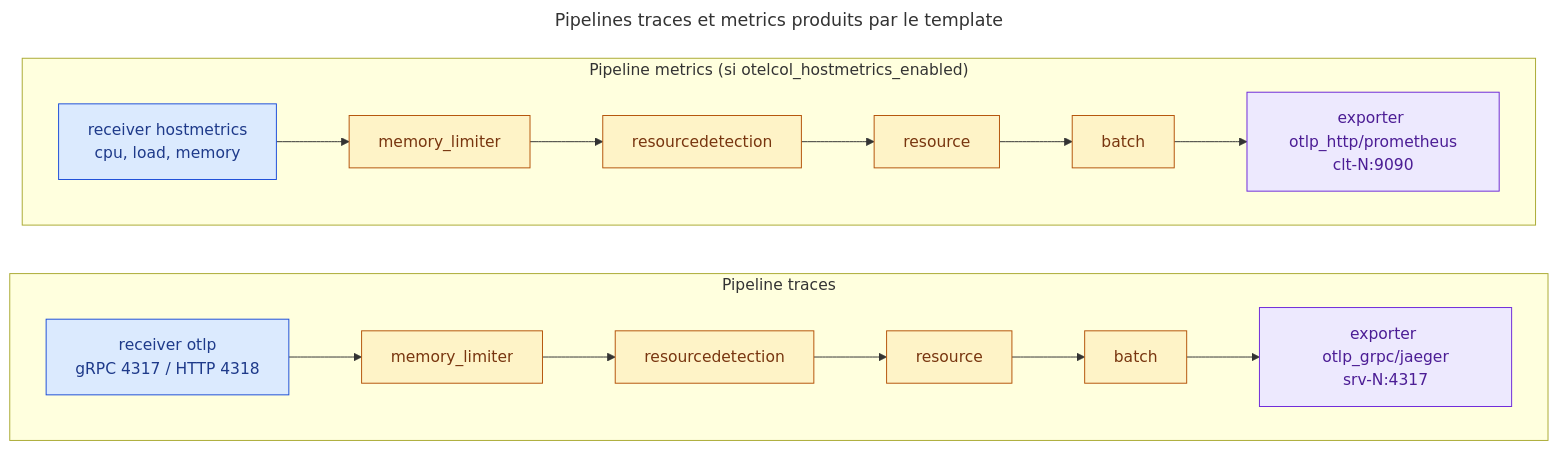
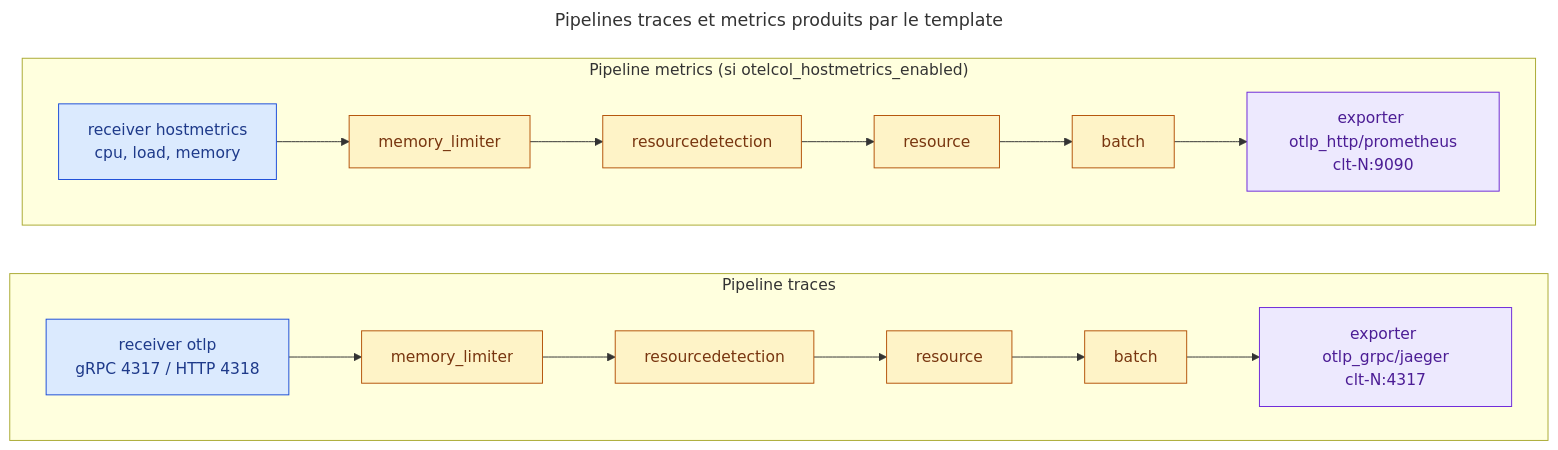
The fifth of 14 diagrams in Lab_04_Ansible_Jinja2.md (pragmatic-fermat/opentelemetry-labs), drawn with Mermaid before and after one commit. The commit also changed other lines of this file, not shown here.

First line of the commit message:
lab 4 : reprise des schemas Mermaid et ajouts pour la comprehension

````diff
--- a/Lab_04_Ansible_Jinja2.md
+++ b/Lab_04_Ansible_Jinja2.md
@@ -480,23 +517,23 @@
 ```mermaid
 ---
 title: Pipelines traces et metrics produits par le template
 ---
 flowchart LR
   subgraph TR["Pipeline traces"]
     direction LR
-    R1["receiver otlp<br/>gRPC 4317 / HTTP 4318"] --> T1["memory_limiter"] --> T2["resourcedetection"] --> T3["resource"] --> T4["batch"] --> E1["exporter otlp_grpc/jaeger<br/>srv-N:4317"]
+    R1["receiver otlp<br/>gRPC 4317 / HTTP 4318"] --> T1["memory_limiter"] --> T2["resourcedetection"] --> T3["resource"] --> T4["batch"] --> E1["exporter otlp_grpc/jaeger<br/>clt-N:4317"]
   end
 
   subgraph ME["Pipeline metrics (si otelcol_hostmetrics_enabled)"]
     direction LR
     M1["receiver hostmetrics<br/>cpu, load, memory"] --> S1["memory_limiter"] --> S2["resourcedetection"] --> S3["resource"] --> S4["batch"] --> E2["exporter otlp_http/prometheus<br/>clt-N:9090"]
   end
 
   classDef recv fill:#dbeafe,stroke:#1d4ed8,color:#1e3a8a
   classDef proc fill:#fef3c7,stroke:#b45309,color:#78350f
   classDef expr fill:#ede9fe,stroke:#6d28d9,color:#4c1d95
 
   class R1,M1 recv
   class T1,T2,T3,T4,S1,S2,S3,S4 proc
   class E1,E2 expr
 ```
````
